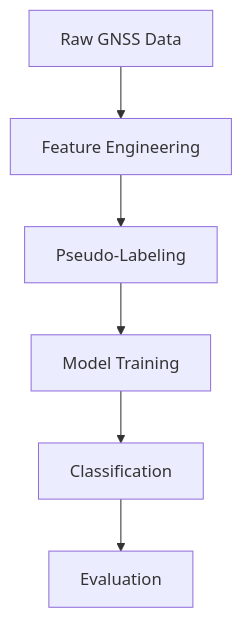
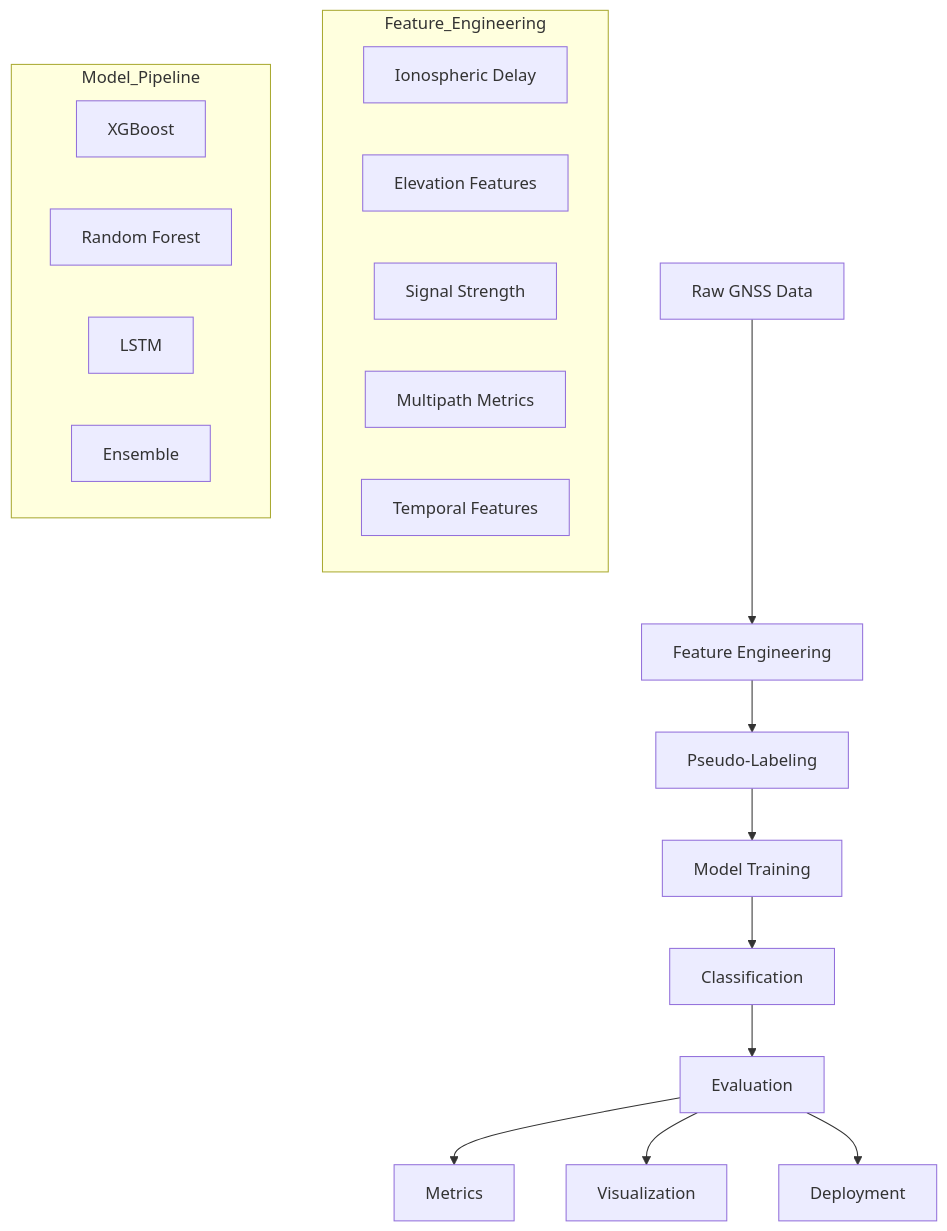
Before and after one commit to Har1shz1/SignalSight-AI-Intelligent-GNSS-Signal-Classification: the diagram in README.md, drawn with Mermaid. The commit also changed other lines of this file, not shown here.

````diff
--- a/README.md
+++ b/README.md
@@ -70,8 +70,27 @@
 ```mermaid
 graph TB
     A[Raw GNSS Data] --> B[Feature Engineering]
     B --> C[Pseudo-Labeling]
     C --> D[Model Training]
     D --> E[Classification]
     E --> F[Evaluation]
+
+    subgraph Feature_Engineering
+        B1[Ionospheric Delay]
+        B2[Elevation Features]
+        B3[Signal Strength]
+        B4[Multipath Metrics]
+        B5[Temporal Features]
+    end
+
+    subgraph Model_Pipeline
+        D1[XGBoost]
+        D2[Random Forest]
+        D3[LSTM]
+        D4[Ensemble]
+    end
+
+    F --> G[Metrics]
+    F --> H[Visualization]
+    F --> I[Deployment]
 ```
````
